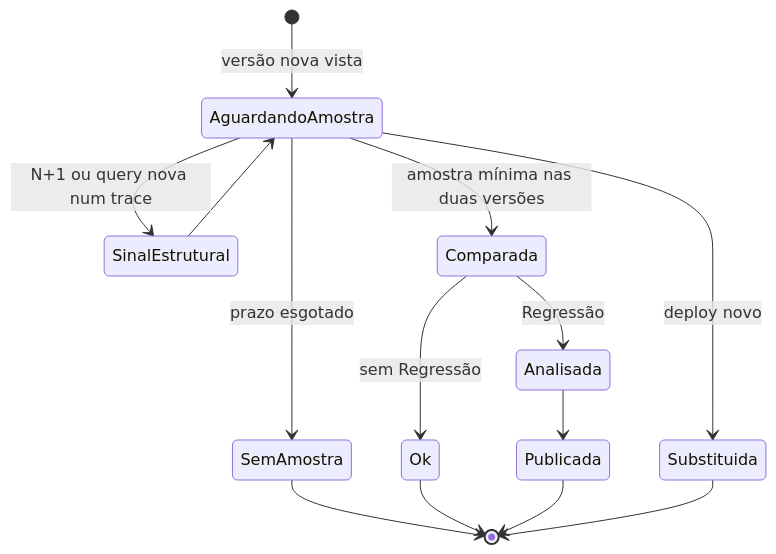
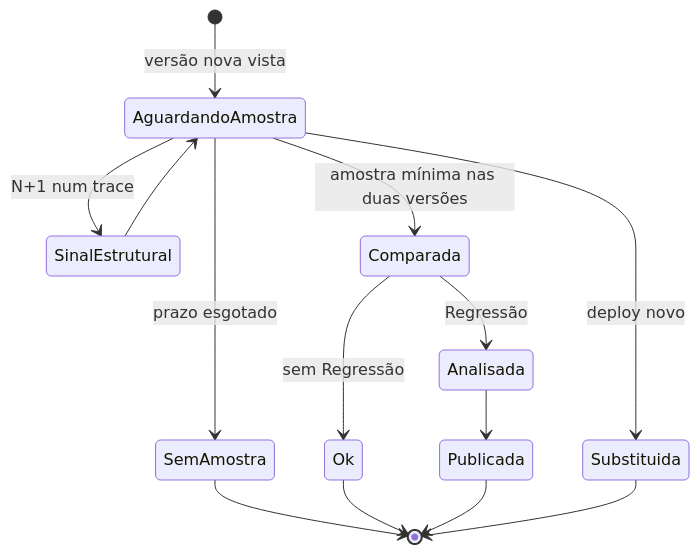
One commit to MarcosAAlbanoJunior/rootline changed the second of 2 diagrams in docs/proximo-passo-watch.md. Above: the diagram before and after it, drawn with Mermaid. The commit also changed other lines of this file, not shown here.

First line of the commit message:
docs: precisar o sinal estrutural e o índice faltando na proposta do watch

````diff
--- a/docs/proximo-passo-watch.md
+++ b/docs/proximo-passo-watch.md
@@ -183,16 +185,16 @@
 ```mermaid
 stateDiagram-v2
     [*] --> AguardandoAmostra: versão nova vista
-    AguardandoAmostra --> SinalEstrutural: N+1 ou query nova num trace
+    AguardandoAmostra --> SinalEstrutural: N+1 num trace
     SinalEstrutural --> AguardandoAmostra
     AguardandoAmostra --> Comparada: amostra mínima nas duas versões
     Comparada --> Ok: sem Regressão
     Comparada --> Analisada: Regressão
     Analisada --> Publicada
     AguardandoAmostra --> SemAmostra: prazo esgotado
     AguardandoAmostra --> Substituida: deploy novo
     SemAmostra --> [*]
     Ok --> [*]
     Publicada --> [*]
     Substituida --> [*]
 ```
````
